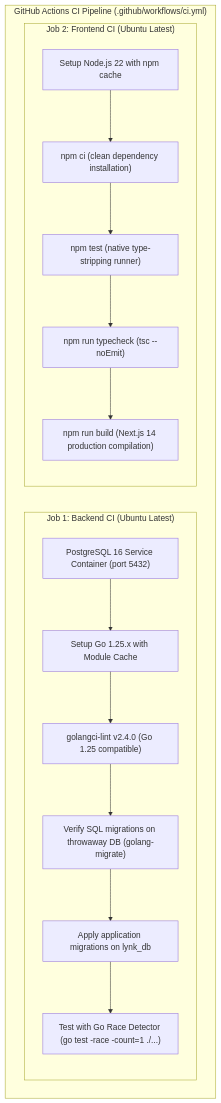
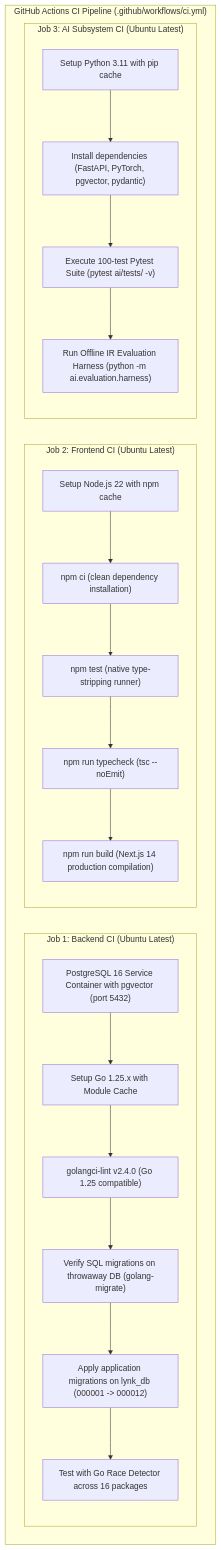
The fourth of 4 diagrams in docs/development/testing-strategy.md (BIJJUDAMA/Lynk), drawn with Mermaid before and after one commit. The commit also changed other lines of this file and 4 other files, not shown here.

````diff
--- a/docs/development/testing-strategy.md
+++ b/docs/development/testing-strategy.md
@@ -136,23 +191,31 @@
 ```mermaid
 flowchart TB
     subgraph GitHubActions["GitHub Actions CI Pipeline (.github/workflows/ci.yml)"]
         subgraph BackendJob["Job 1: Backend CI (Ubuntu Latest)"]
-            B1["PostgreSQL 16 Service Container (port 5432)"]
+            B1["PostgreSQL 16 Service Container with pgvector (port 5432)"]
             B2["Setup Go 1.25.x with Module Cache"]
             B3["golangci-lint v2.4.0 (Go 1.25 compatible)"]
             B4["Verify SQL migrations on throwaway DB (golang-migrate)"]
-            B5["Apply application migrations on lynk_db"]
-            B6["Test with Go Race Detector (go test -race -count=1 ./...)"]
+            B5["Apply application migrations on lynk_db (000001 -> 000012)"]
+            B6["Test with Go Race Detector across 16 packages"]
             B1 --> B2 --> B3 --> B4 --> B5 --> B6
         end
 
         subgraph FrontendJob["Job 2: Frontend CI (Ubuntu Latest)"]
             F1["Setup Node.js 22 with npm cache"]
             F2["npm ci (clean dependency installation)"]
             F3["npm test (native type-stripping runner)"]
             F4["npm run typecheck (tsc --noEmit)"]
             F5["npm run build (Next.js 14 production compilation)"]
             F1 --> F2 --> F3 --> F4 --> F5
         end
+
+        subgraph AIJob["Job 3: AI Subsystem CI (Ubuntu Latest)"]
+            A1["Setup Python 3.11 with pip cache"]
+            A2["Install dependencies (FastAPI, PyTorch, pgvector, pydantic)"]
+            A3["Execute 100-test Pytest Suite (pytest ai/tests/ -v)"]
+            A4["Run Offline IR Evaluation Harness (python -m ai.evaluation.harness)"]
+            A1 --> A2 --> A3 --> A4
+        end
     end
 ```
````
